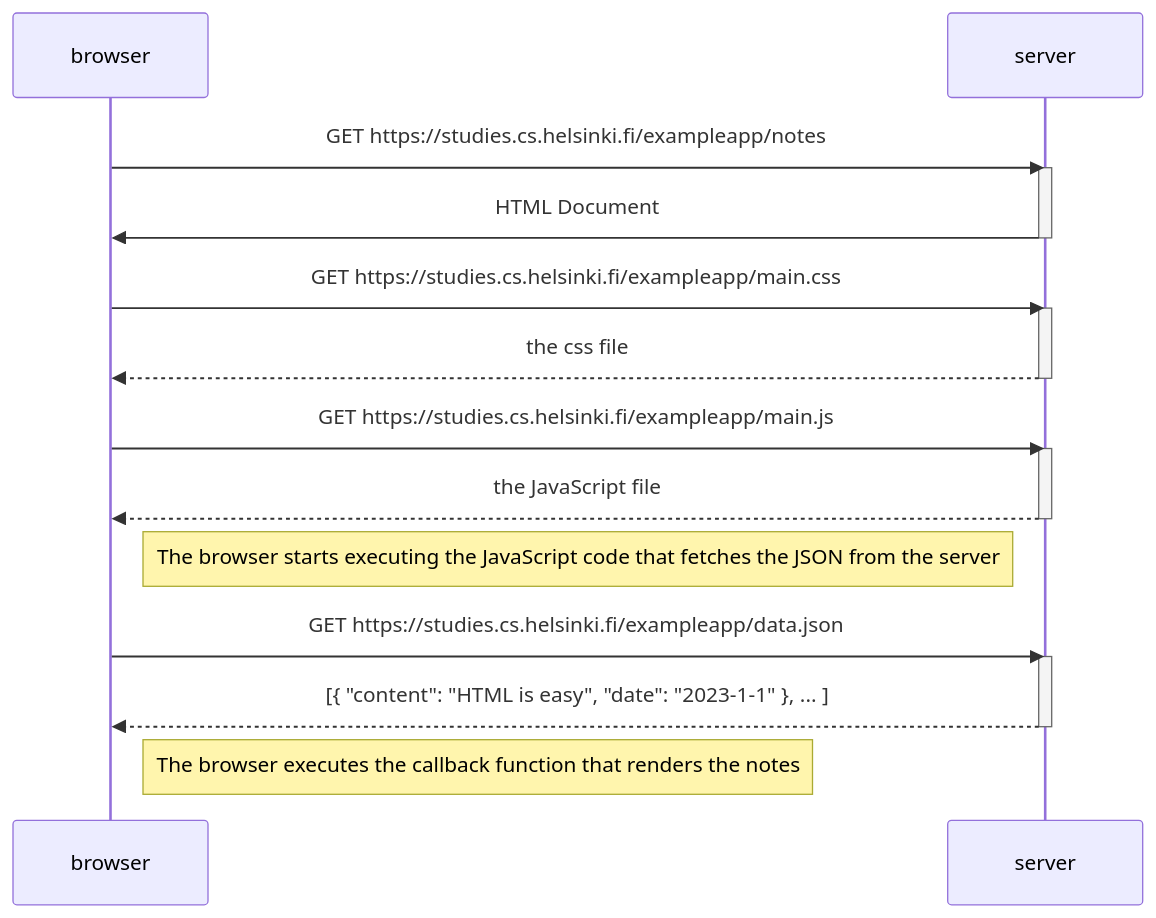
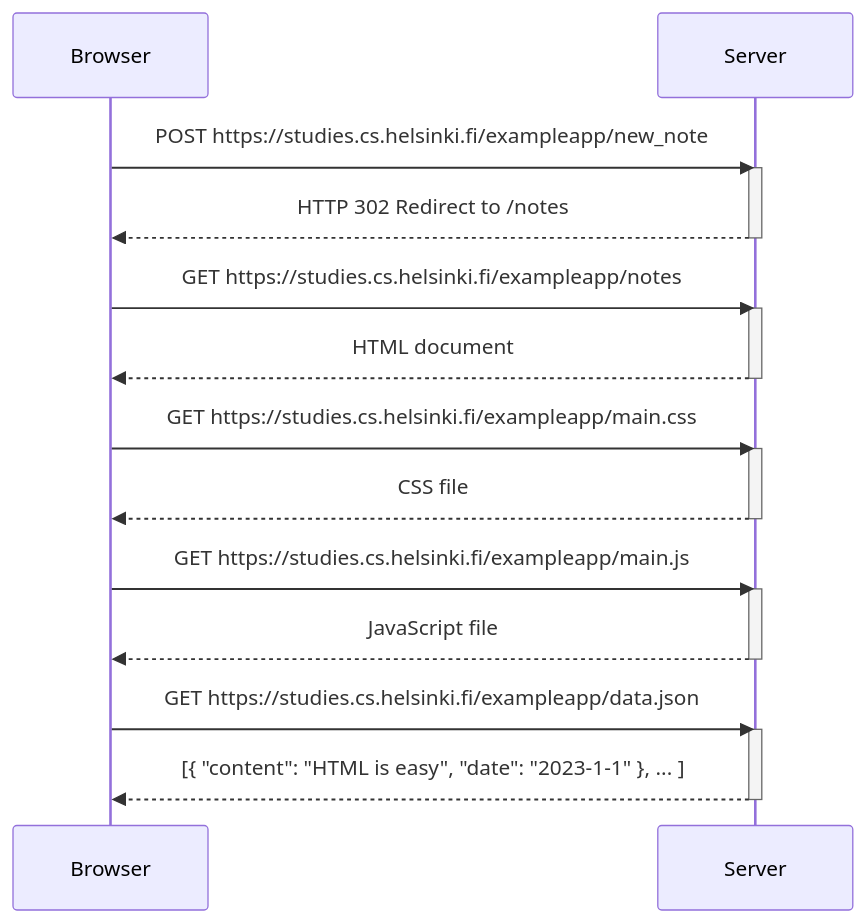
One commit to karloag/FullStackOpen_part0 changed the diagram in 0.4 New Note diagram.md. Above: the diagram before and after it, drawn with Mermaid. The commit also changed other lines of this file, not shown here.

````diff
--- a/0.4 New Note diagram.md
+++ b/0.4 New Note diagram.md
@@ -1,31 +1,31 @@
-```mermaid
+``` mermaid
 
- sequenceDiagram 
-    participant browser
-    participant server 
- 
-    browser ->> server : GET https://studies.cs.helsinki.fi/exampleapp/notes
-    activate server
-    server ->> browser : HTML Document 
-    deactivate server
+   sequenceDiagram
+    participant Browser
+    participant Server
 
-    browser->>server: GET https://studies.cs.helsinki.fi/exampleapp/main.css
-    activate server
-    server-->>browser: the css file
-    deactivate server
+    Browser->>Server: POST https://studies.cs.helsinki.fi/exampleapp/new_note
+    activate Server
+    Server-->>Browser: HTTP 302 Redirect to /notes
+    deactivate Server
+    
+    Browser->>Server: GET https://studies.cs.helsinki.fi/exampleapp/notes
+    activate Server
+    Server-->>Browser: HTML document
+    deactivate Server
+    
+    Browser->>Server: GET https://studies.cs.helsinki.fi/exampleapp/main.css
+    activate Server
+    Server-->>Browser: CSS file
+    deactivate Server
 
-    browser->>server: GET https://studies.cs.helsinki.fi/exampleapp/main.js
-    activate server
-    server-->>browser: the JavaScript file
-    deactivate server
-
-    Note right of browser:The browser starts executing the JavaScript code that fetches the JSON from the server
-
-    browser->>server: GET https://studies.cs.helsinki.fi/exampleapp/data.json
-    activate server
-    server-->>browser: [{ "content": "HTML is easy", "date": "2023-1-1" }, ... ]
-    deactivate server
-
-    Note right of browser: The browser executes the callback function that renders the notes
-
- ```
+    Browser->>Server: GET https://studies.cs.helsinki.fi/exampleapp/main.js
+    activate Server
+    Server-->>Browser: JavaScript file
+    deactivate Server
+    
+    Browser->>Server: GET https://studies.cs.helsinki.fi/exampleapp/data.json
+    activate Server
+    Server-->>Browser: [{ "content": "HTML is easy", "date": "2023-1-1" }, ... ]
+    deactivate Server
+   ```
````
